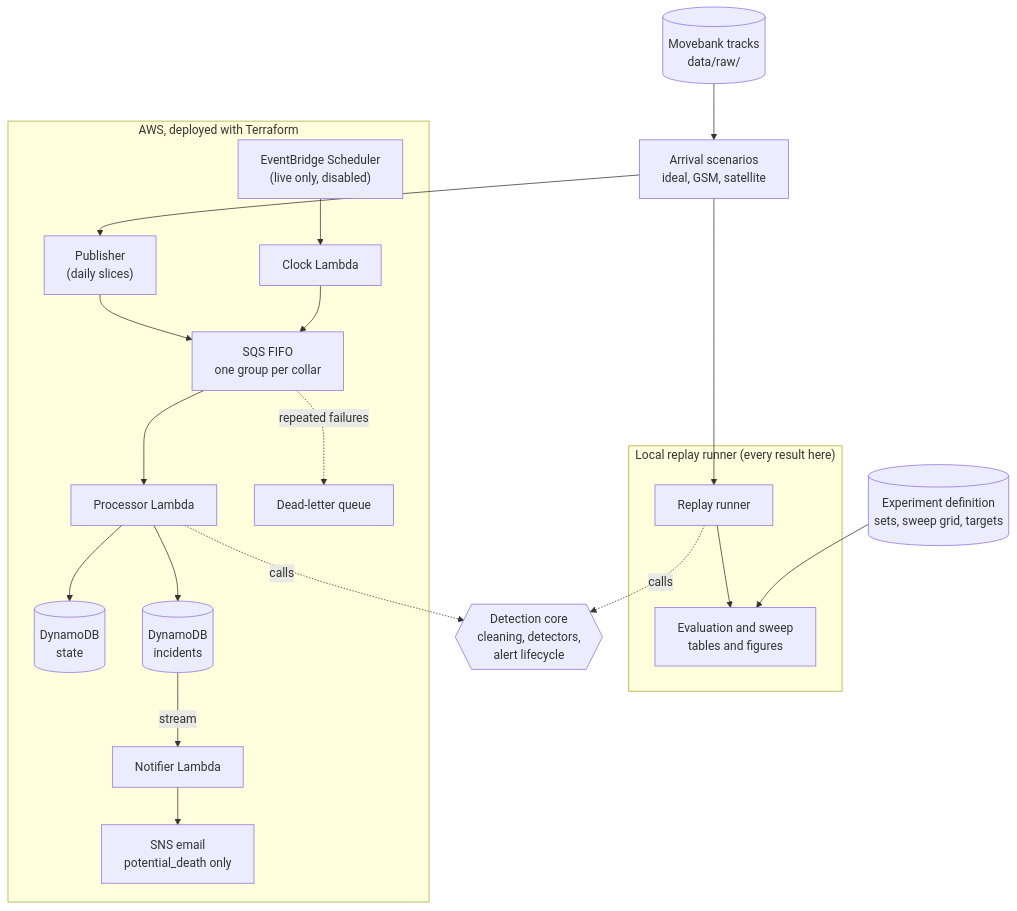
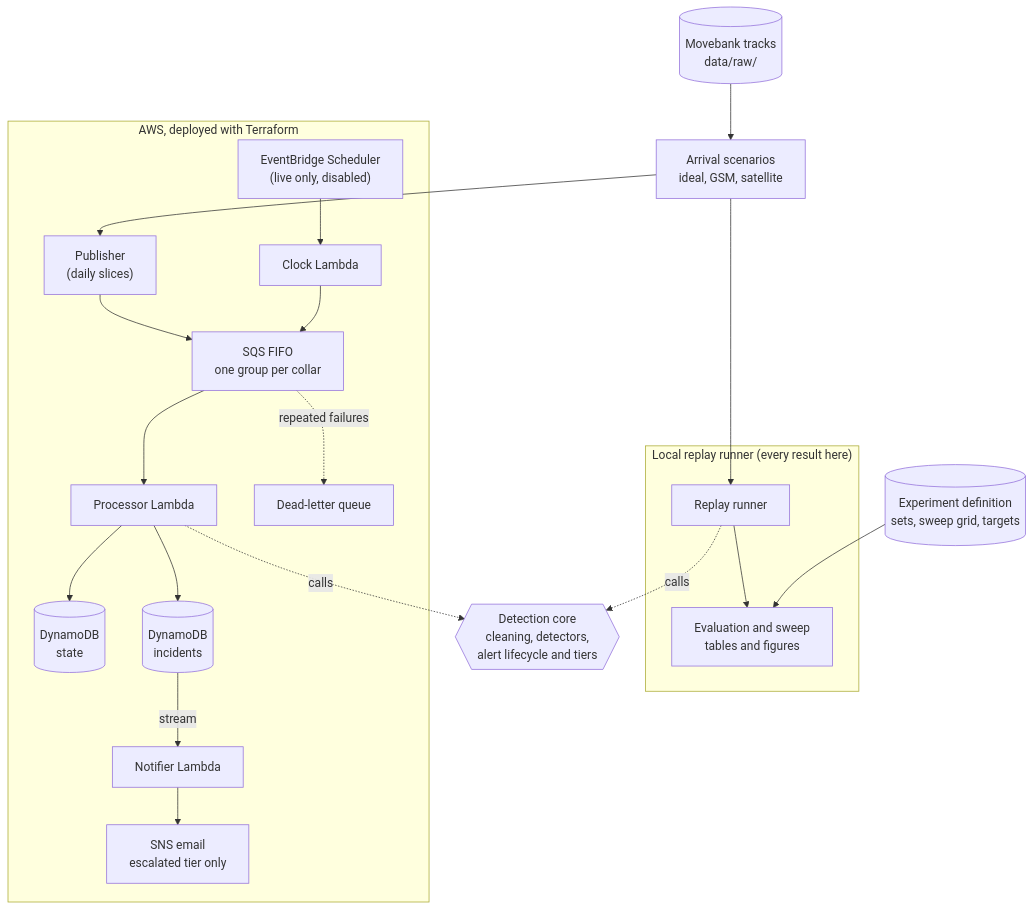
The diagram in README.md (benmacp123/collar-telemetry), drawn with Mermaid before and after one commit. The commit also changed other lines of this file and 14 other files, not shown here.

Commit message:
refactor: update alert system to use escalated tier for notifications

````diff
--- a/README.md
+++ b/README.md
@@ -141,26 +142,26 @@
 ```mermaid
 flowchart TB
     data[("Movebank tracks<br>data/raw/")] --> arrival["Arrival scenarios<br>ideal, GSM, satellite"]
-    core{{"Detection core<br>cleaning, detectors,<br>alert lifecycle"}}
+    core{{"Detection core<br>cleaning, detectors,<br>alert lifecycle and tiers"}}
     experiment[("Experiment definition<br>sets, sweep grid, targets")]
 
     subgraph local ["Local replay runner (every result here)"]
         replay["Replay runner"] --> evaluation["Evaluation and sweep<br>tables and figures"]
     end
 
     subgraph aws ["AWS, deployed with Terraform"]
         publisher["Publisher<br>(daily slices)"] --> queue["SQS FIFO<br>one group per collar"]
         scheduler["EventBridge Scheduler<br>(live only, disabled)"] --> clock["Clock Lambda"] --> queue
         queue --> processor["Processor Lambda"]
         queue -. "repeated failures" .-> dlq["Dead-letter queue"]
         processor --> state[("DynamoDB<br>state")]
         processor --> incidents[("DynamoDB<br>incidents")]
-        incidents -- stream --> notifier["Notifier Lambda"] --> sns["SNS email<br>potential_death only"]
+        incidents -- stream --> notifier["Notifier Lambda"] --> sns["SNS email<br>escalated tier only"]
     end
 
     experiment --> evaluation
     arrival --> replay
     arrival --> publisher
     replay -. calls .-> core
     processor -. calls .-> core
 ```
````
